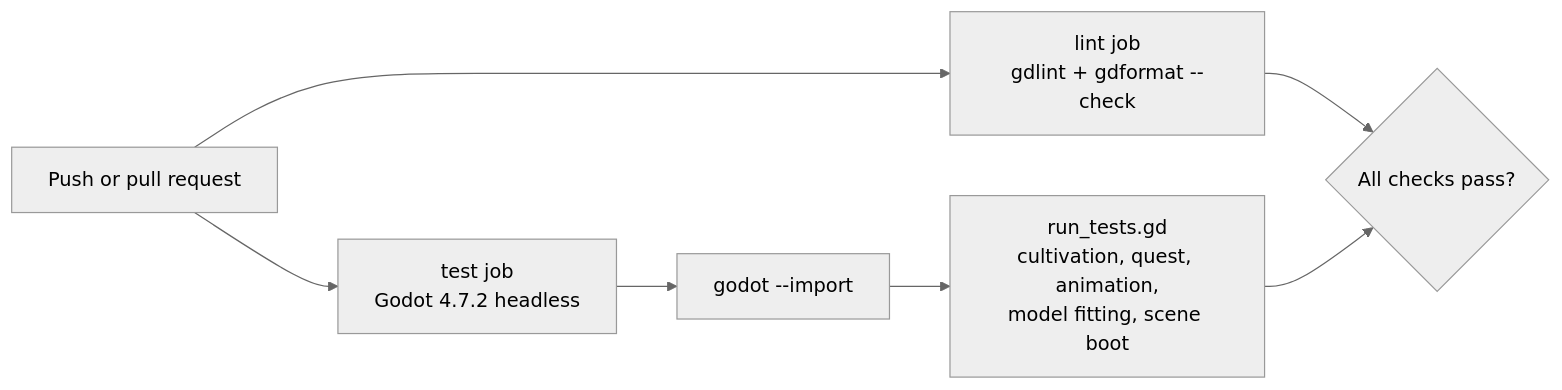
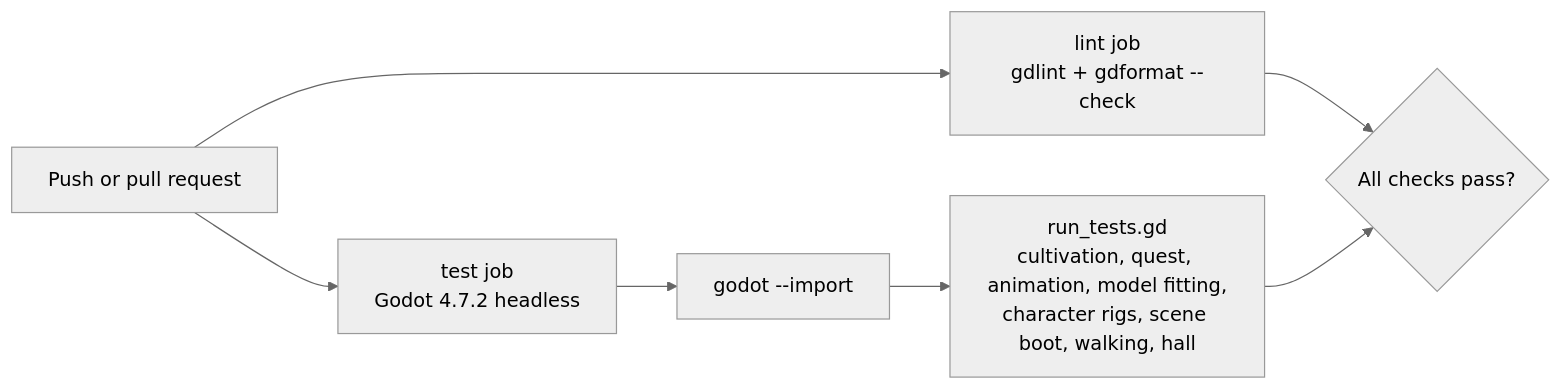
Diagram 11 of 11 in docs/architecture.md (jgyy/trixian), drawn with Mermaid (neutral theme) before and after one commit. The commit also changed other lines of this file and 32 other files, not shown here.

````diff
--- a/docs/architecture.md
+++ b/docs/architecture.md
@@ -274,9 +289,9 @@
 ```mermaid
 flowchart LR
     push["Push or pull request"] --> lint["lint job<br/>gdlint + gdformat --check"]
     push --> test["test job<br/>Godot 4.7.2 headless"]
     test --> import["godot --import"]
-    import --> run["run_tests.gd<br/>cultivation, quest, animation,<br/>model fitting, scene boot"]
+    import --> run["run_tests.gd<br/>cultivation, quest, animation, model fitting,<br/>character rigs, scene boot, walking, hall"]
     lint --> result{"All checks pass?"}
     run --> result
 ```
````
